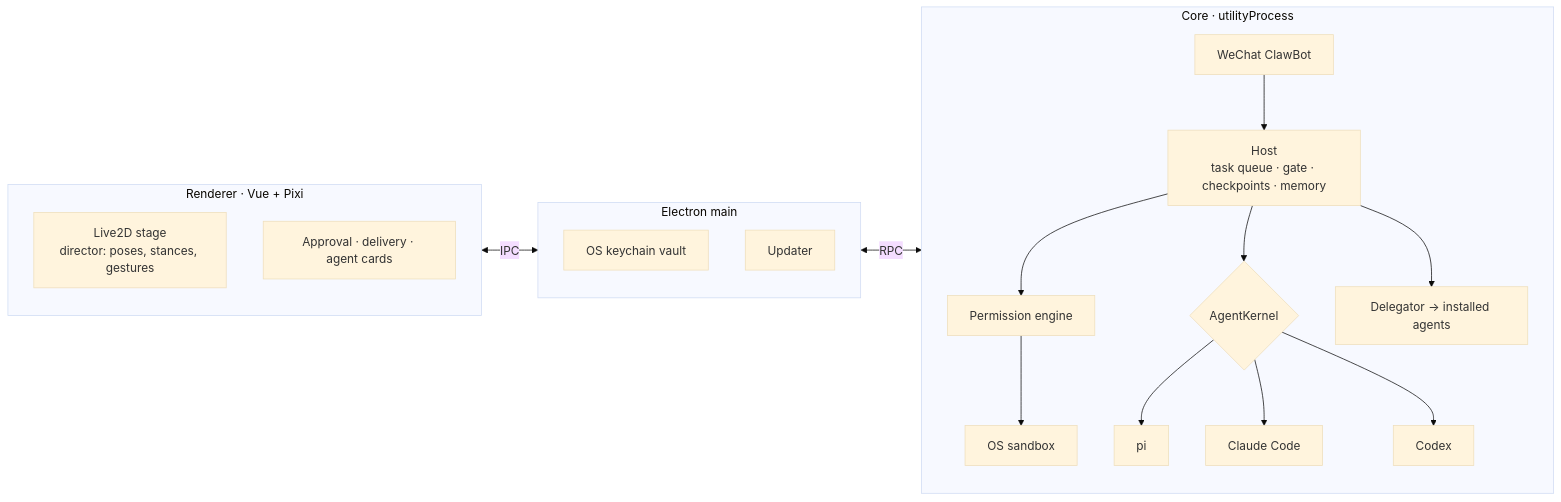
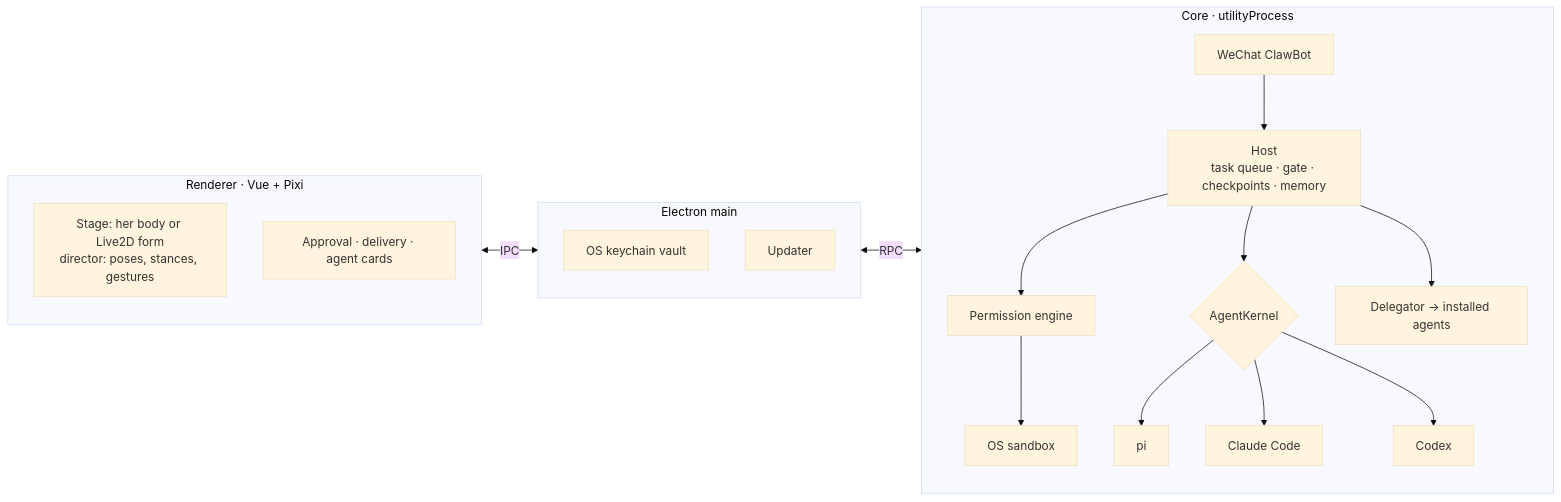
One commit to YuanyuanMa03/anna changed the diagram in README.md. Above: the diagram before and after it, drawn with Mermaid (base theme). The commit also changed other lines of this file and 14 other files, not shown here.

````diff
--- a/README.md
+++ b/README.md
@@ -189,29 +189,29 @@
 ```mermaid
 flowchart LR
   subgraph Renderer["Renderer · Vue + Pixi"]
-    Stage["Live2D stage<br/>director: poses, stances, gestures"]
+    Stage["Stage: her body or Live2D form<br/>director: poses, stances, gestures"]
     Cards["Approval · delivery · agent cards"]
   end
   subgraph Main["Electron main"]
     Vault["OS keychain vault"]
     Updater["Updater"]
   end
   subgraph Core["Core · utilityProcess"]
     Host["Host<br/>task queue · gate · checkpoints · memory"]
     Engine["Permission engine"]
     Sandbox["OS sandbox"]
     Kernel{"AgentKernel"}
     Pi["pi"]
     CC["Claude Code"]
     Codex["Codex"]
     Delegator["Delegator → installed agents"]
     WeChat["WeChat ClawBot"]
   end
   Renderer <-- IPC --> Main
   Main <-- RPC --> Core
   Host --> Engine --> Sandbox
   Host --> Kernel
   Kernel --> Pi & CC & Codex
   Host --> Delegator
   WeChat --> Host
 ```
````
